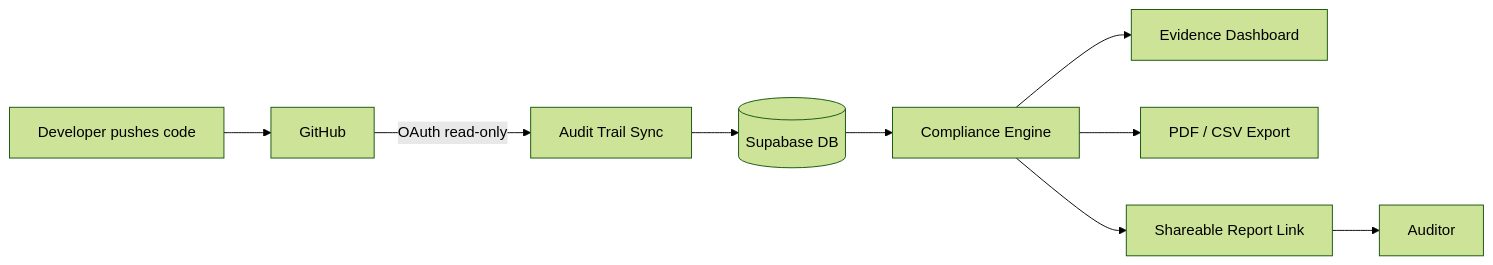
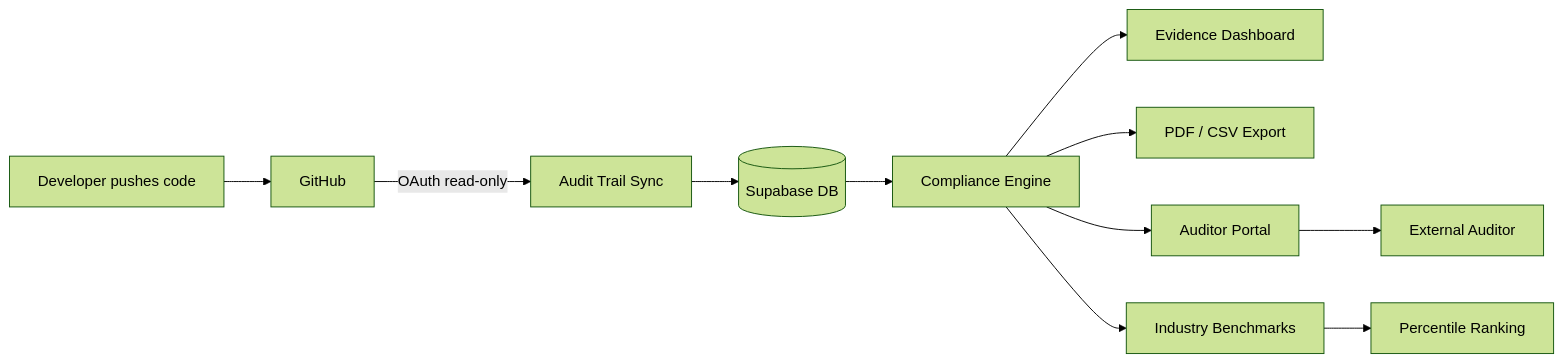
One commit to JohnJohnW/audittrail-dev changed the first of 16 diagrams in README.md. Above: the diagram before and after it, drawn with Mermaid (forest theme). The commit also changed other lines of this file, not shown here.

````diff
--- a/README.md
+++ b/README.md
@@ -32,11 +35,13 @@
 ```mermaid
 flowchart LR
     A[Developer pushes code] --> B[GitHub]
     B -->|OAuth read-only| C[Audit Trail Sync]
     C --> D[(Supabase DB)]
     D --> E[Compliance Engine]
     E --> F[Evidence Dashboard]
     E --> G[PDF / CSV Export]
-    E --> H[Shareable Report Link]
-    H --> I[Auditor]
+    E --> H[Auditor Portal]
+    E --> I[Industry Benchmarks]
+    H --> J[External Auditor]
+    I --> K[Percentile Ranking]
 ```
````
